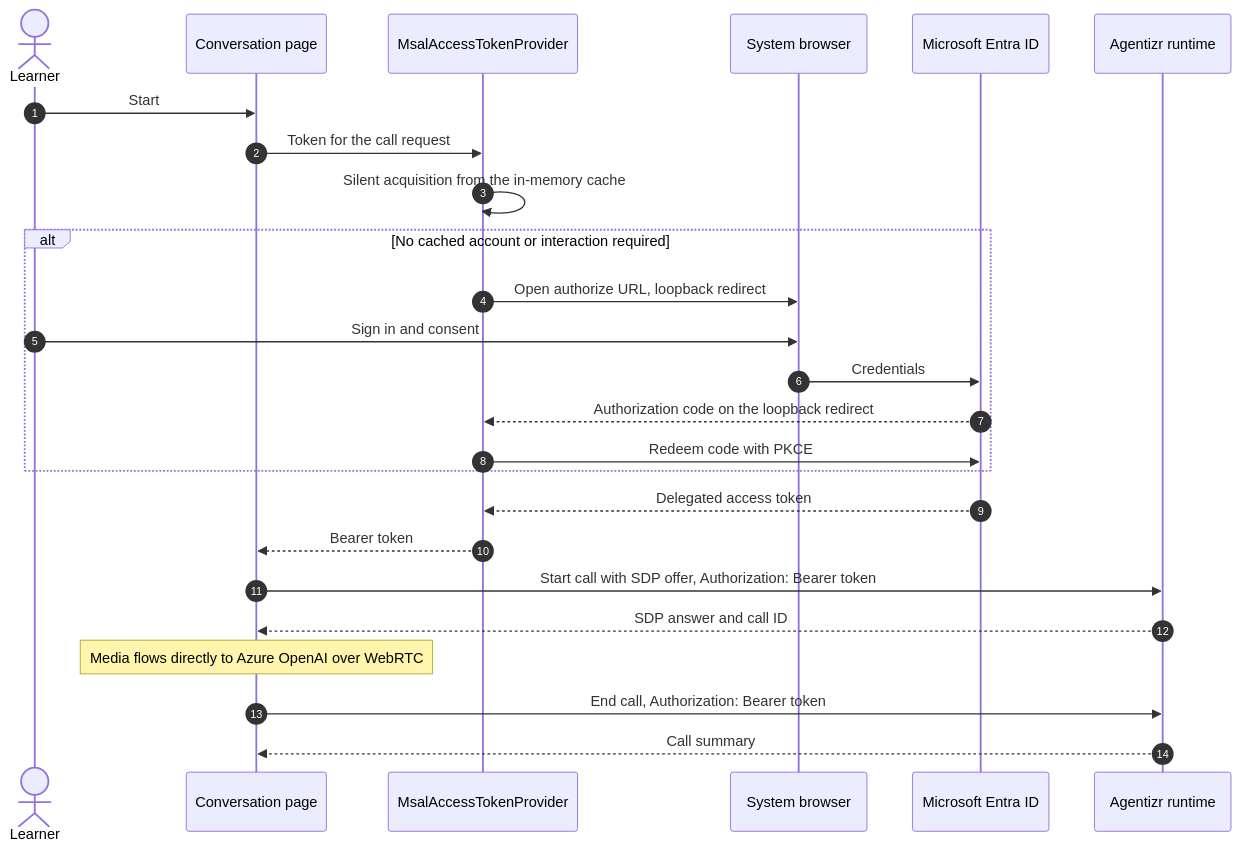
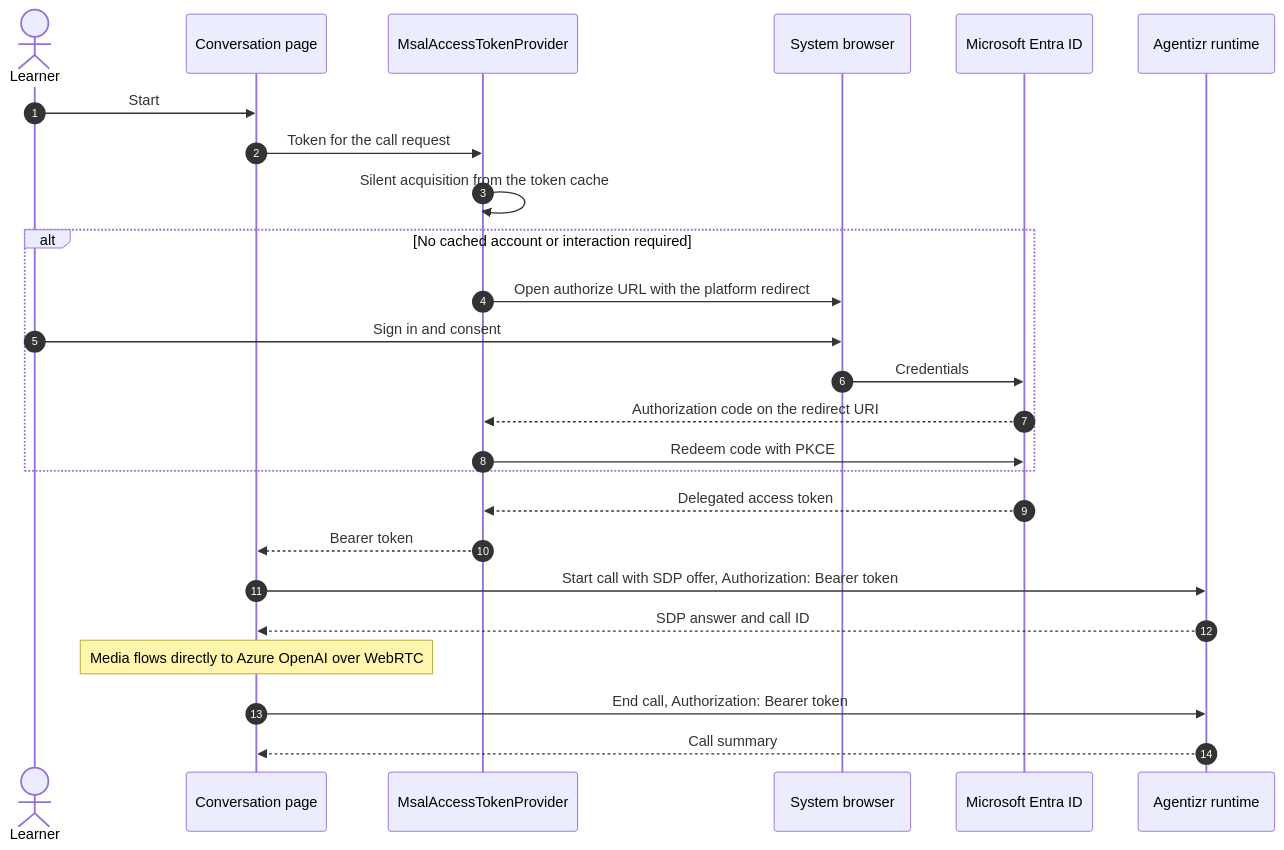
Before and after one commit to f2calv/tutorizr: the second of 4 diagrams in docs/authentication.md, drawn with Mermaid. The commit also changed other lines of this file and 22 other files, not shown here.

````diff
--- a/docs/authentication.md
+++ b/docs/authentication.md
@@ -51,28 +53,28 @@
 ```mermaid
 sequenceDiagram
     autonumber
     actor Learner
     participant Page as Conversation page
     participant Msal as MsalAccessTokenProvider
     participant Browser as System browser
     participant Entra as Microsoft Entra ID
     participant Runtime as Agentizr runtime
 
     Learner->>Page: Start
     Page->>Msal: Token for the call request
-    Msal->>Msal: Silent acquisition from the in-memory cache
+    Msal->>Msal: Silent acquisition from the token cache
     alt No cached account or interaction required
-        Msal->>Browser: Open authorize URL, loopback redirect
+        Msal->>Browser: Open authorize URL with the platform redirect
         Learner->>Browser: Sign in and consent
         Browser->>Entra: Credentials
-        Entra-->>Msal: Authorization code on the loopback redirect
+        Entra-->>Msal: Authorization code on the redirect URI
         Msal->>Entra: Redeem code with PKCE
     end
     Entra-->>Msal: Delegated access token
     Msal-->>Page: Bearer token
     Page->>Runtime: Start call with SDP offer, Authorization: Bearer token
     Runtime-->>Page: SDP answer and call ID
     Note over Page: Media flows directly to Azure OpenAI over WebRTC
     Page->>Runtime: End call, Authorization: Bearer token
     Runtime-->>Page: Call summary
 ```
````
